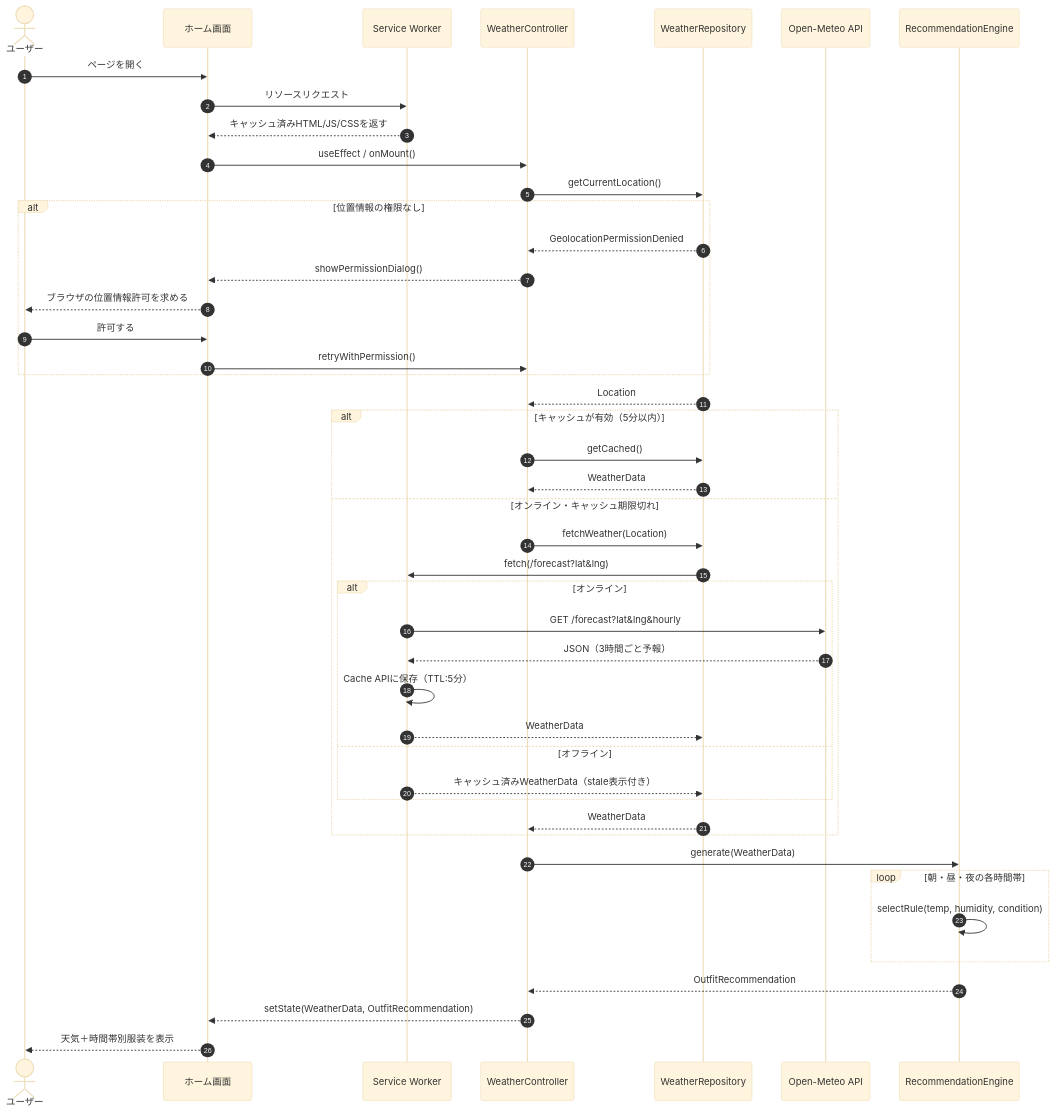
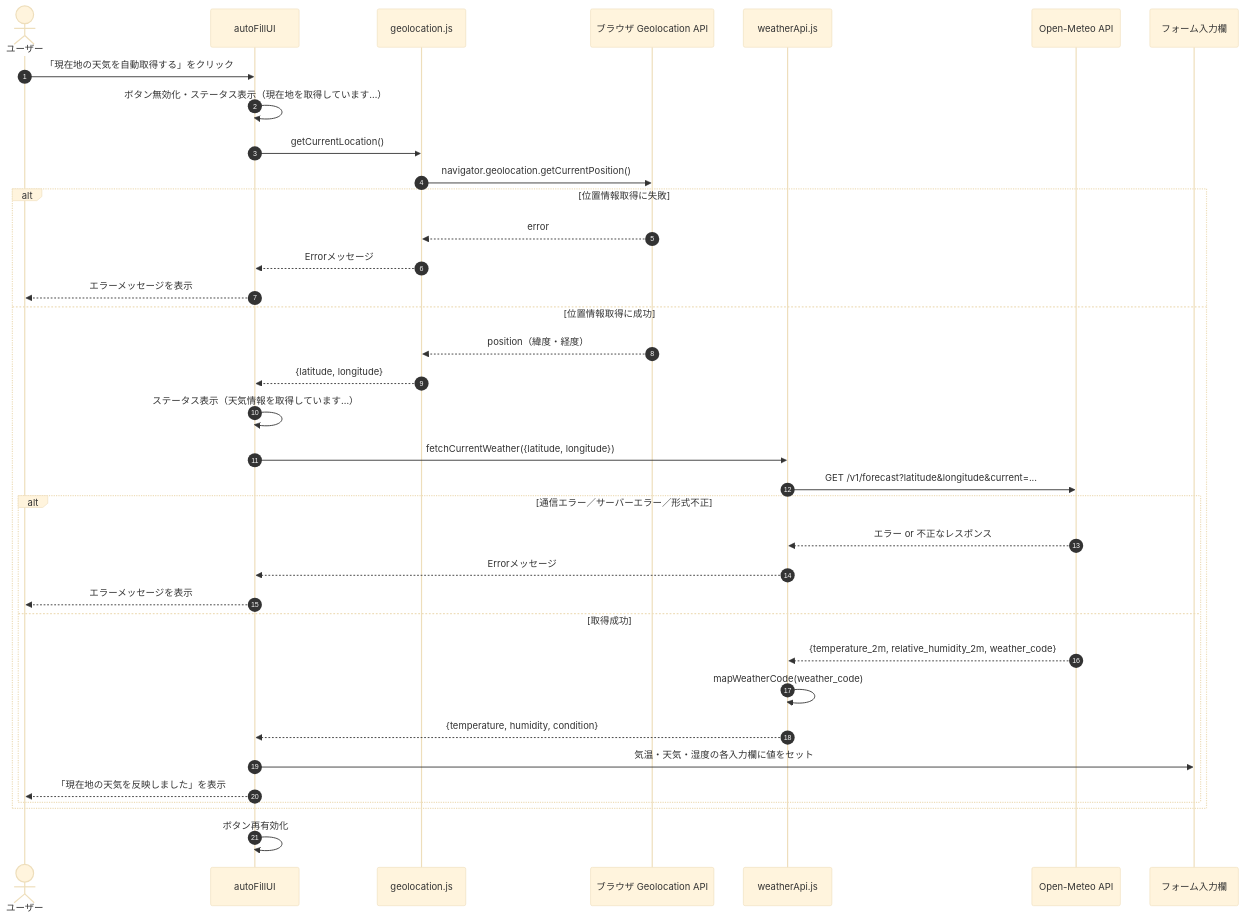
One commit to tsukushi-81/apri2 changed the fourth of 14 diagrams in README.md. Above: the diagram before and after it, drawn with Mermaid (base theme). The commit also changed other lines of this file and 8 other files, not shown here.

````diff
--- a/README.md
+++ b/README.md
@@ -344,48 +364,39 @@
 ```mermaid
 sequenceDiagram
   autonumber
   actor User as ユーザー
-  participant UI as ホーム画面
-  participant SW as Service Worker
-  participant Ctrl as WeatherController
-  participant Repo as WeatherRepository
+  participant UI as autoFillUI
+  participant Geo as geolocation.js
+  participant Browser as ブラウザ Geolocation API
+  participant Weather as weatherApi.js
   participant API as Open-Meteo API
-  participant Eng as RecommendationEngine
+  participant Form as フォーム入力欄
 
-  User->>UI: ページを開く
-  UI->>SW: リソースリクエスト
-  SW-->>UI: キャッシュ済みHTML/JS/CSSを返す
-  UI->>Ctrl: useEffect / onMount()
-  Ctrl->>Repo: getCurrentLocation()
-  alt 位置情報の権限なし
-    Repo-->>Ctrl: GeolocationPermissionDenied
-    Ctrl-->>UI: showPermissionDialog()
-    UI-->>User: ブラウザの位置情報許可を求める
-    User->>UI: 許可する
-    UI->>Ctrl: retryWithPermission()
+  User->>UI: 「現在地の天気を自動取得する」をクリック
+  UI->>UI: ボタン無効化・ステータス表示（現在地を取得しています…）
+  UI->>Geo: getCurrentLocation()
+  Geo->>Browser: navigator.geolocation.getCurrentPosition()
+  alt 位置情報取得に失敗
+    Browser-->>Geo: error
+    Geo-->>UI: Errorメッセージ
+    UI-->>User: エラーメッセージを表示
+  else 位置情報取得に成功
+    Browser-->>Geo: position（緯度・経度）
+    Geo-->>UI: {latitude, longitude}
+    UI->>UI: ステータス表示（天気情報を取得しています…）
+    UI->>Weather: fetchCurrentWeather({latitude, longitude})
+    Weather->>API: GET /v1/forecast?latitude&longitude&current=...
+    alt 通信エラー／サーバーエラー／形式不正
+      API-->>Weather: エラー or 不正なレスポンス
+      Weather-->>UI: Errorメッセージ
+      UI-->>User: エラーメッセージを表示
+    else 取得成功
+      API-->>Weather: {temperature_2m, relative_humidity_2m, weather_code}
+      Weather->>Weather: mapWeatherCode(weather_code)
+      Weather-->>UI: {temperature, humidity, condition}
+      UI->>Form: 気温・天気・湿度の各入力欄に値をセット
+      UI-->>User: 「現在地の天気を反映しました」を表示
+    end
   end
-  Repo-->>Ctrl: Location
-  alt キャッシュが有効（5分以内）
-    Ctrl->>Repo: getCached()
-    Repo-->>Ctrl: WeatherData
-  else オンライン・キャッシュ期限切れ
-    Ctrl->>Repo: fetchWeather(Location)
-    Repo->>SW: fetch(/forecast?lat&lng)
-    alt オンライン
-      SW->>API: GET /forecast?lat&lng&hourly
-      API-->>SW: JSON（3時間ごと予報）
-      SW->>SW: Cache APIに保存（TTL:5分）
-      SW-->>Repo: WeatherData
-    else オフライン
-      SW-->>Repo: キャッシュ済みWeatherData（stale表示付き）
-    end
-    Repo-->>Ctrl: WeatherData
-  end
-  Ctrl->>Eng: generate(WeatherData)
-  loop 朝・昼・夜の各時間帯
-    Eng->>Eng: selectRule(temp, humidity, condition)
-  end
-  Eng-->>Ctrl: OutfitRecommendation
-  Ctrl-->>UI: setState(WeatherData, OutfitRecommendation)
-  UI-->>User: 天気＋時間帯別服装を表示
+  UI->>UI: ボタン再有効化
 ```
````
